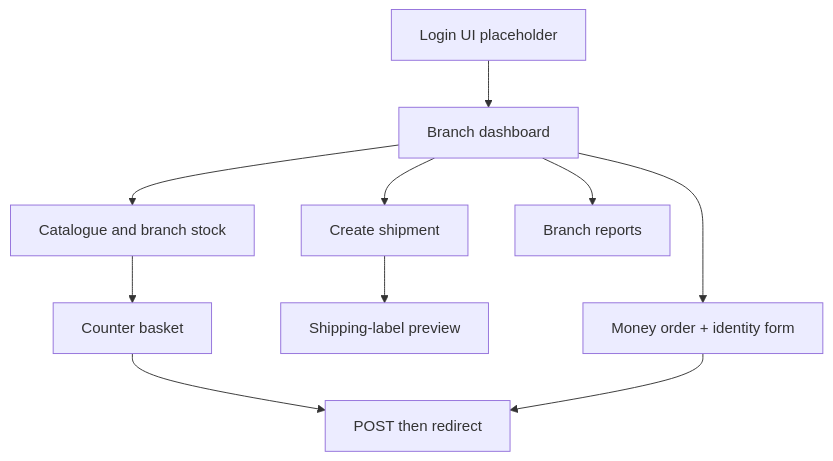
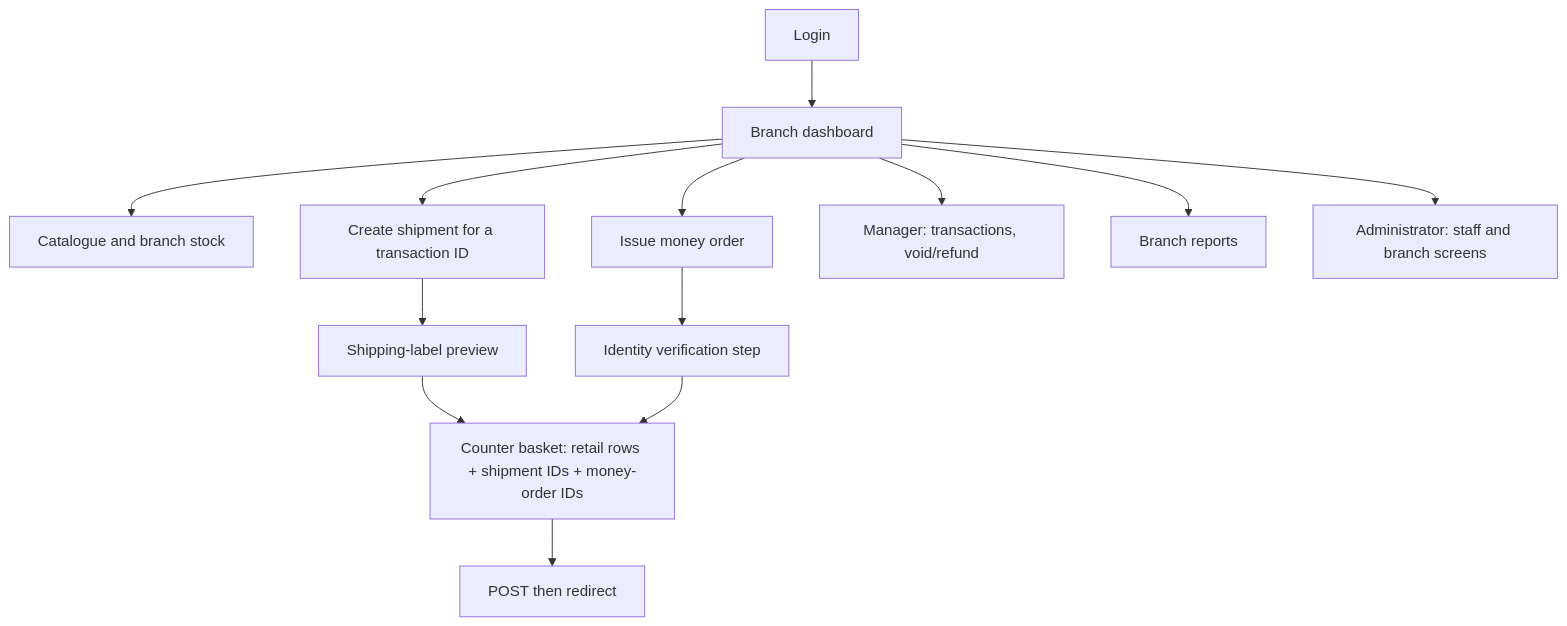
Before and after one commit to NarendraDappili/ApexPostLogisticsRepo: diagram 31 of 32 in DESIGN.md, drawn with Mermaid. The commit also changed other lines of this file and 101 other files, not shown here.

````diff
--- a/DESIGN.md
+++ b/DESIGN.md
@@ -599,12 +624,15 @@
 ```mermaid
 flowchart TD
-    Login[Login UI placeholder] --> Dashboard[Branch dashboard]
+    Login[Login] --> Dashboard[Branch dashboard]
     Dashboard --> Catalogue[Catalogue and branch stock]
-    Catalogue --> Basket[Counter basket]
-    Dashboard --> Shipping[Create shipment]
+    Dashboard --> Shipping[Create shipment for a transaction ID]
     Shipping --> Label[Shipping-label preview]
-    Dashboard --> Money[Money order + identity form]
+    Dashboard --> Money[Issue money order]
+    Money --> Verify[Identity verification step]
+    Label --> Basket[Counter basket: retail rows + shipment IDs + money-order IDs]
+    Verify --> Basket
+    Basket --> Receipt[POST then redirect]
+    Dashboard --> Manage[Manager: transactions, void/refund]
     Dashboard --> Reports[Branch reports]
-    Basket --> Receipt[POST then redirect]
-    Money --> Receipt
+    Dashboard --> Admin[Administrator: staff and branch screens]
 ```
````
